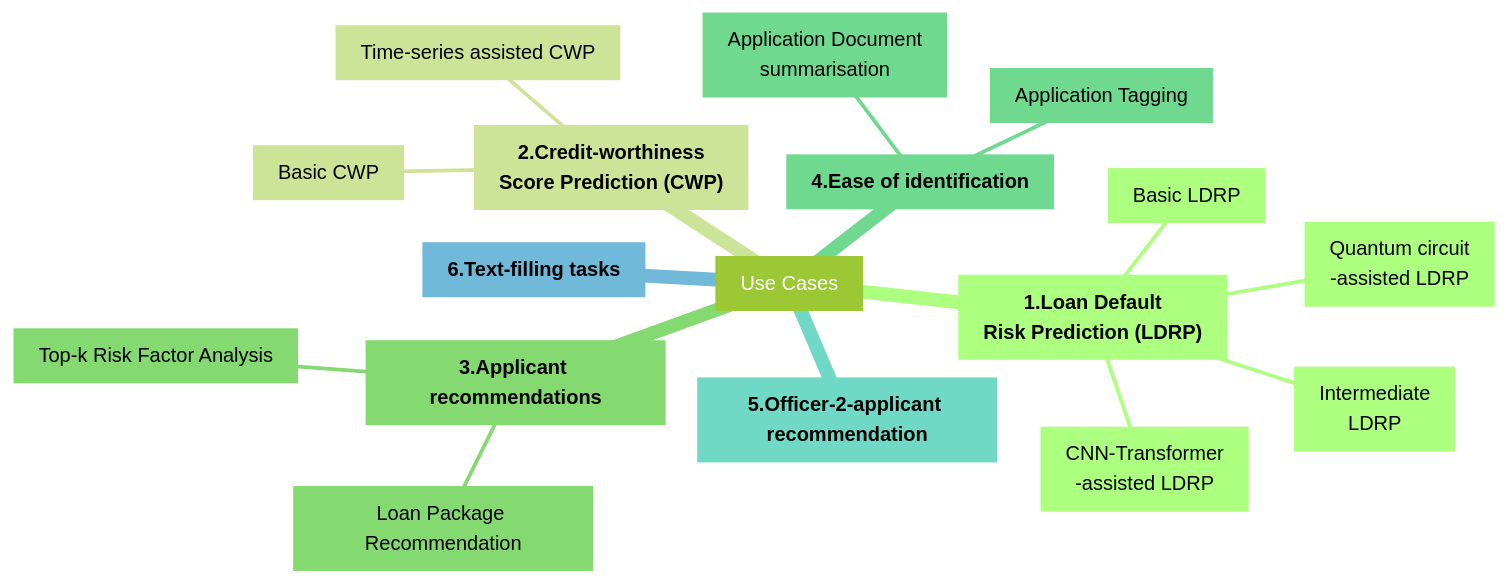
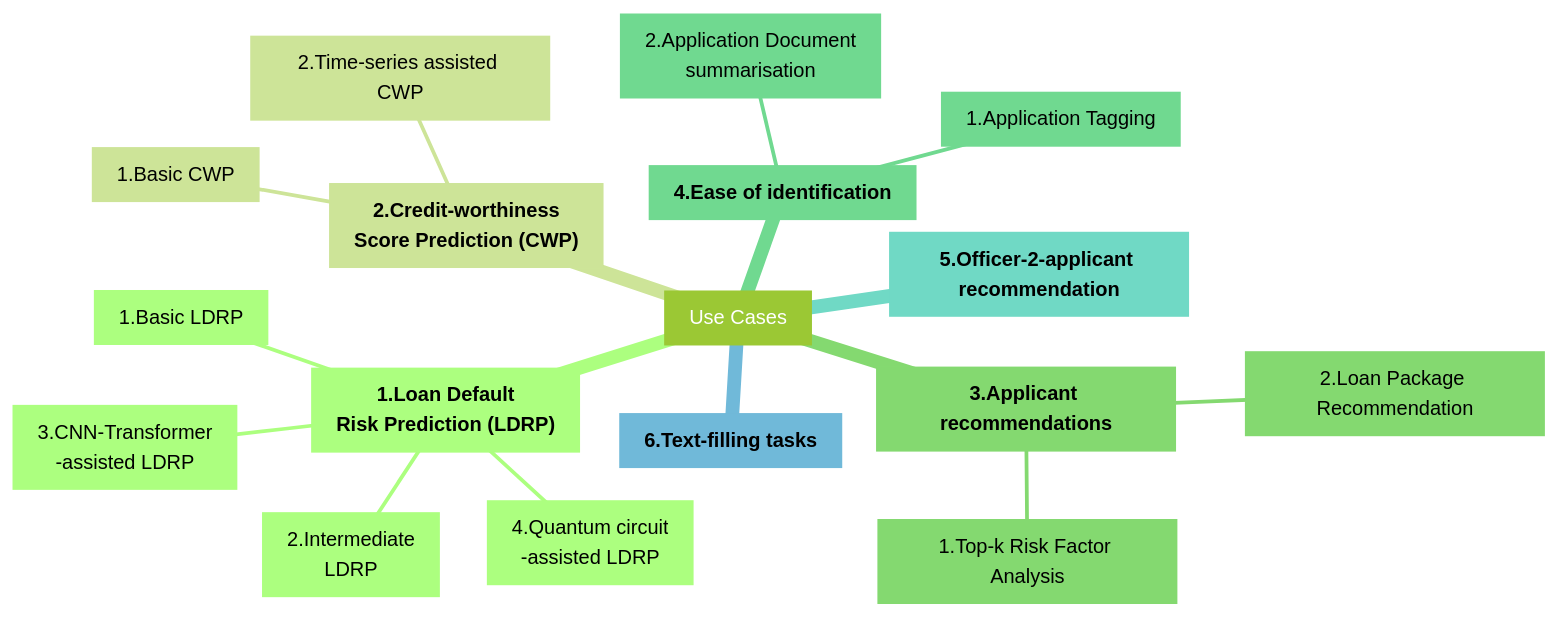
One commit to Zypperman/DBTT_G1_GRP3 changed the diagram in README.md. Above: the diagram before and after it, drawn with Mermaid.

Commit message:
edited diagram for use cases in README.md

````diff
--- a/README.md
+++ b/README.md
@@ -39,32 +39,30 @@
 ```mermaid
 ---
 config:
   theme: forest
 ---
 mindmap
   root[Use Cases]
         id1["`**1.Loan Default <br> Risk Prediction (LDRP)**`"]
         
-            id1[Basic LDRP]
-            id1[Intermediate<br>LDRP]
-            id1[CNN-Transformer<br>-assisted LDRP]
-            id1[Quantum circuit<br>-assisted LDRP]
+            id1[1.Basic LDRP]
+            id1[2.Intermediate<br>LDRP]
+            id1[3.CNN-Transformer<br>-assisted LDRP]
+            id1[4.Quantum circuit<br>-assisted LDRP]
 
         id2["`**2.Credit-worthiness <br> Score Prediction (CWP)**`"]
-        
-            id2["Basic CWP "]
-            id2[" Time-series assisted CWP"]
-        id3["`**3.Applicant recommendations**`"]
-        
-            id3["Top-k Risk Factor Analysis"]
-            id3["Loan Package Recommendation"]
-        id3["`**4.Ease of identification**`"]
-        
-            id3["Application Tagging"]
-            id3["Application Document<br>summarisation"]
+            id2["1.Basic CWP "]
+            id2["2.Time-series assisted CWP"]
+
+        id3["`**3.Applicant recommendations**`"]        
+            id3["1.Top-k Risk Factor Analysis"]
+            id3["2.Loan Package Recommendation"]
+
+        id3["`**4.Ease of identification**`"]        
+            id3["1.Application Tagging"]
+            id3["2.Application Document<br>summarisation"]
+
         id3["`**5.Officer-2-applicant recommendation**`"]
         
         id3["`**6.Text-filling tasks**`"]
-        
-
 ```
````
